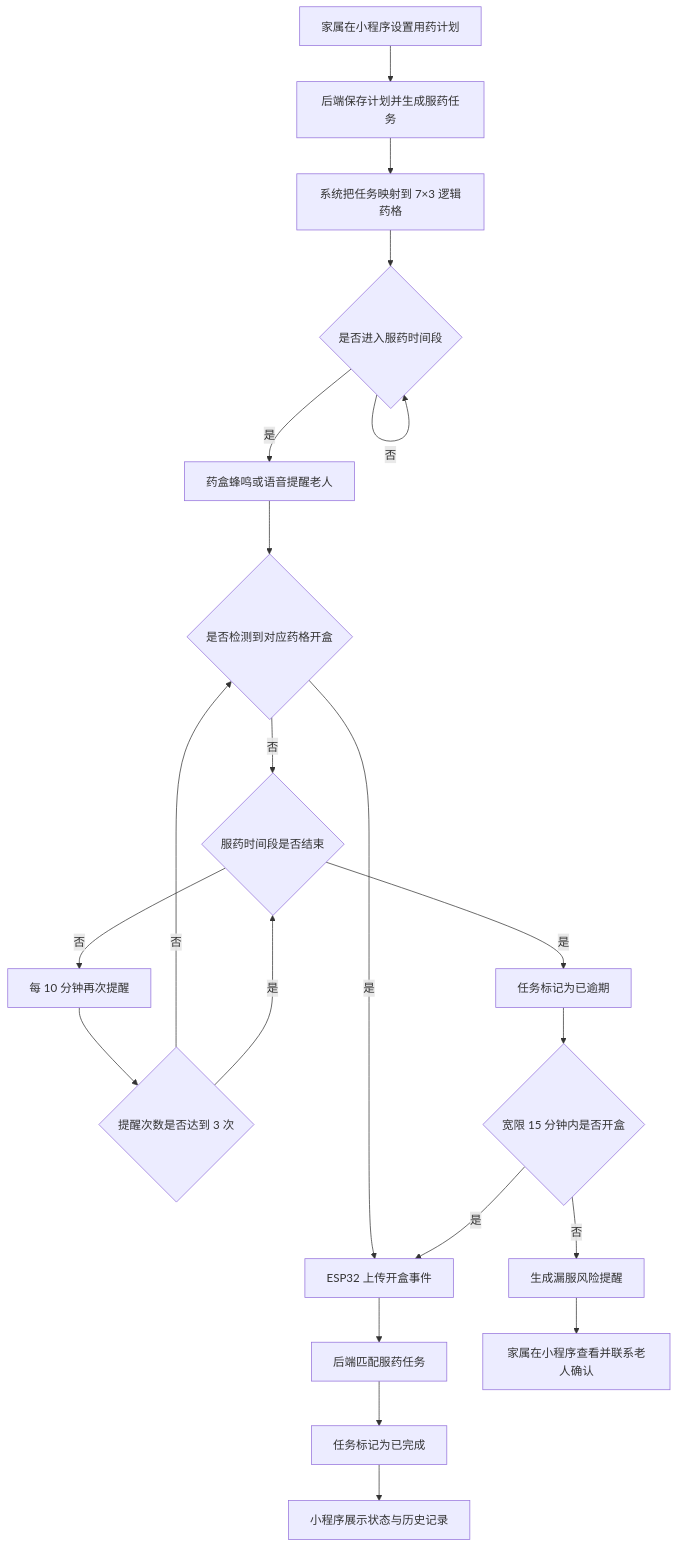
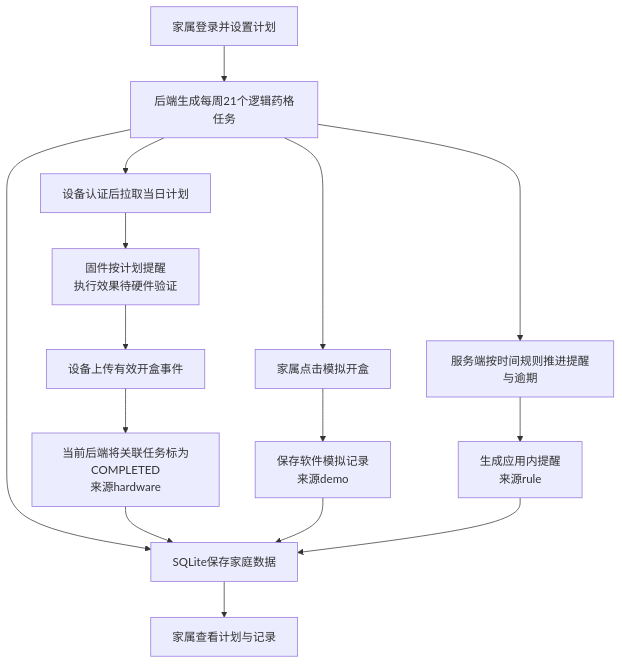
Before and after one commit to lang-zhu-feng/smart-pillbox: the first of 4 diagrams in 项目文档/系统流程图设计.md, drawn with Mermaid. The commit also changed other lines of this file and 71 other files, not shown here.

````diff
--- a/项目文档/系统流程图设计.md
+++ b/项目文档/系统流程图设计.md
@@ -10,23 +9,17 @@
 ```mermaid
 flowchart TD
-    A[家属在小程序设置用药计划] --> B[后端保存计划并生成服药任务]
-    B --> C[系统把任务映射到 7×3 逻辑药格]
-    C --> D{是否进入服药时间段}
-    D -- 否 --> D
-    D -- 是 --> E[药盒蜂鸣或语音提醒老人]
-    E --> F{是否检测到对应药格开盒}
-    F -- 是 --> G[ESP32 上传开盒事件]
-    G --> H[后端匹配服药任务]
-    H --> I[任务标记为已完成]
-    I --> J[小程序展示状态与历史记录]
-    F -- 否 --> K{服药时间段是否结束}
-    K -- 否 --> L[每 10 分钟再次提醒]
-    L --> M{提醒次数是否达到 3 次}
-    M -- 否 --> F
-    M -- 是 --> K
-    K -- 是 --> N[任务标记为已逾期]
-    N --> O{宽限 15 分钟内是否开盒}
-    O -- 是 --> G
-    O -- 否 --> P[生成漏服风险提醒]
-    P --> Q[家属在小程序查看并联系老人确认]
+    A[家属登录并设置计划] --> B[后端生成每周21个逻辑药格任务]
+    B --> C[SQLite保存家庭数据]
+    C --> D[家属查看计划与记录]
+    B --> E[设备认证后拉取当日计划]
+    E --> F[固件按计划提醒<br/>执行效果待硬件验证]
+    F --> G[设备上传有效开盒事件]
+    G --> H[当前后端将关联任务标为COMPLETED<br/>来源hardware]
+    B --> I[家属点击模拟开盒]
+    I --> J[保存软件模拟记录<br/>来源demo]
+    H --> C
+    J --> C
+    B --> K[服务端按时间规则推进提醒与逾期]
+    K --> L[生成应用内提醒<br/>来源rule]
+    L --> C
 ```
````
